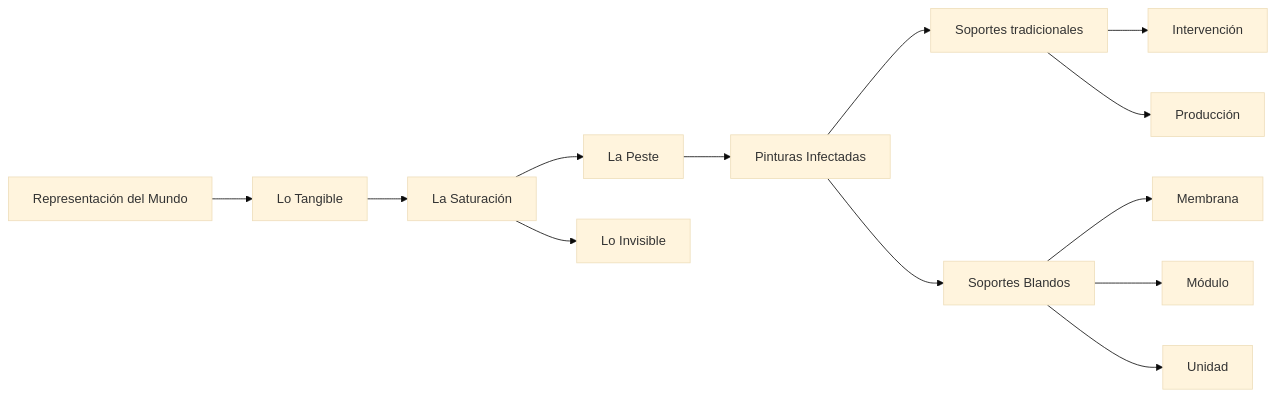
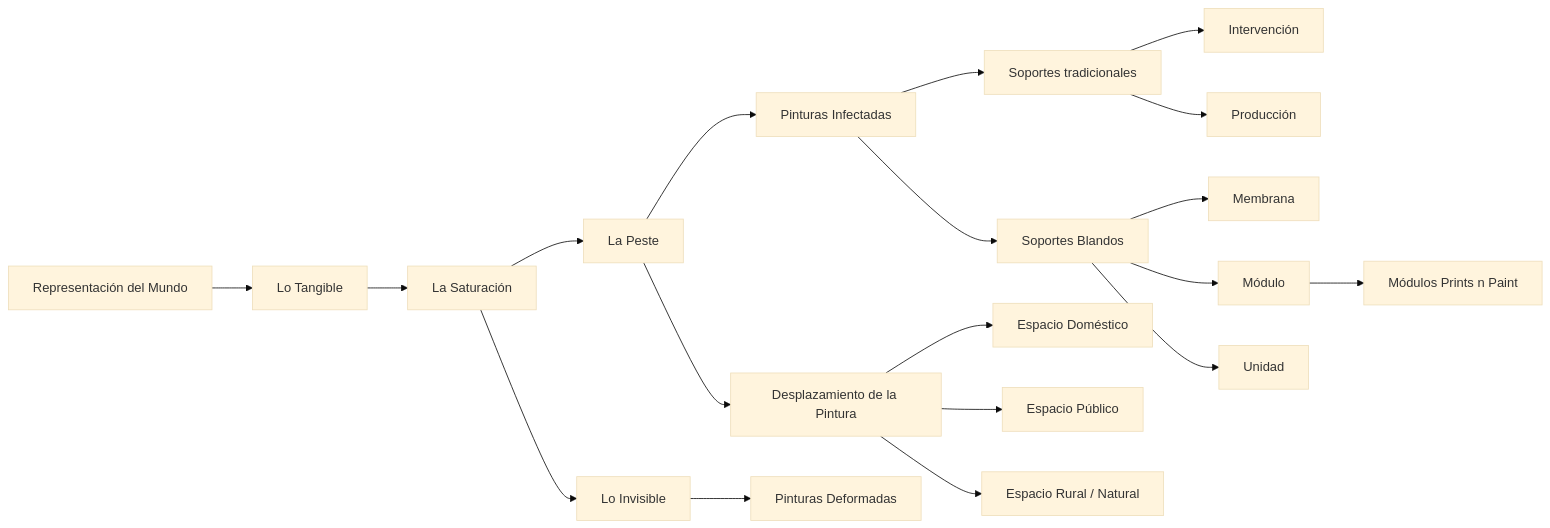
The diagram in ES/peste-pinturas-infectadas.md (EGGS-Artesvisuales/EGGS-Artesvisuales.github.io), drawn with Mermaid (base theme) before and after one commit. The commit also changed other lines of this file, not shown here.

```diff
--- a/ES/peste-pinturas-infectadas.md
+++ b/ES/peste-pinturas-infectadas.md
@@ -34,28 +34,43 @@
 <div class="mermaid">
 flowchart LR
   Z["Representación del Mundo"] --> Y["Lo Tangible"]
   Y --> A["La Saturación"]
   A --> B["La Peste"]
   A --> X["Lo Invisible"]
   B --> C["Pinturas Infectadas"]
   C --> D["Soportes tradicionales"]
   D --> D1["Intervención"]
   D --> D2["Producción"]
   C --> E["Soportes Blandos"]
   E --> E1["Membrana"]
   E --> E2["Módulo"]
   E --> E3["Unidad"]
+  B --> F["Desplazamiento de la Pintura"]
+  F --> F1["Espacio Doméstico"]
+  F --> F2["Espacio Público"]
+  F --> F3["Espacio Rural / Natural"]
 
+  %% Nuevos nodos
+  X --> X1["Pinturas Deformadas"]
+  E2 --> E2a["Módulos Prints n Paint"]
+
+  %% Enlaces
   click Z "/es/representacion-del-mundo.html" "Ver Representación del Mundo"
   click Y "/es/lo-tangible.html" "Ver Lo Tangible"
   click A "/es/saturacion.html" "Ver La Saturación"
   click B "/es/la-peste.html" "Ver La Peste"
   click C "/es/peste-pinturas-infectadas.html" "Ver Pinturas Infectadas"
   click D "#soportes-tradicionales" "Ir a Soportes Tradicionales"
   click D1 "#intervenciones" "Ir a Intervenciones"
   click D2 "#producciones" "Ir a Producciones"
   click E "#soportes-blandos" "Ir a Soportes Blandos"
   click E1 "#membranas" "Ir a Membranas"
   click E2 "#modulos" "Ir a Módulos"
   click E3 "#unidades" "Ir a Unidades"
+  click F "/es/desplazamiento.html" "Ver Desplazamiento de la Pintura"
+  click F1 "#espacio-domestico" "Ir a Espacio Doméstico"
+  click F2 "#espacio-publico" "Ir a Espacio Público"
+  click F3 "#espacio-rural" "Ir a Espacio Rural / Natural"
+  click X1 "/es/pinturas-deformadas.html" "Ver Pinturas Deformadas"
+  click E2a "#modulos-prints" "Ir a Módulos Prints n Paint"
 </div>
```
